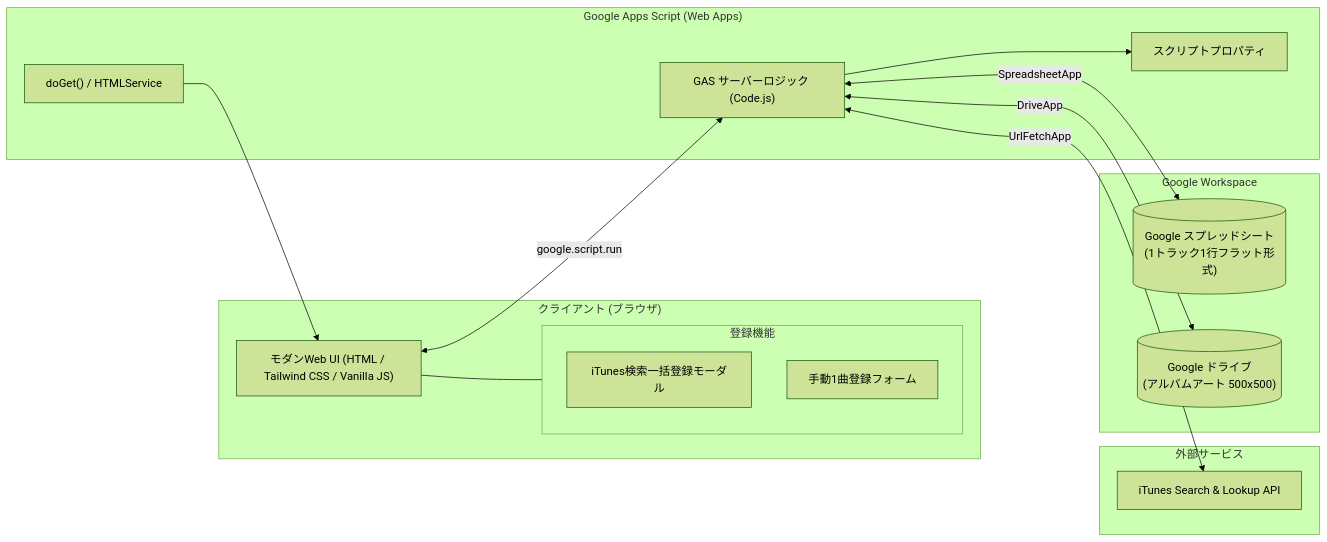
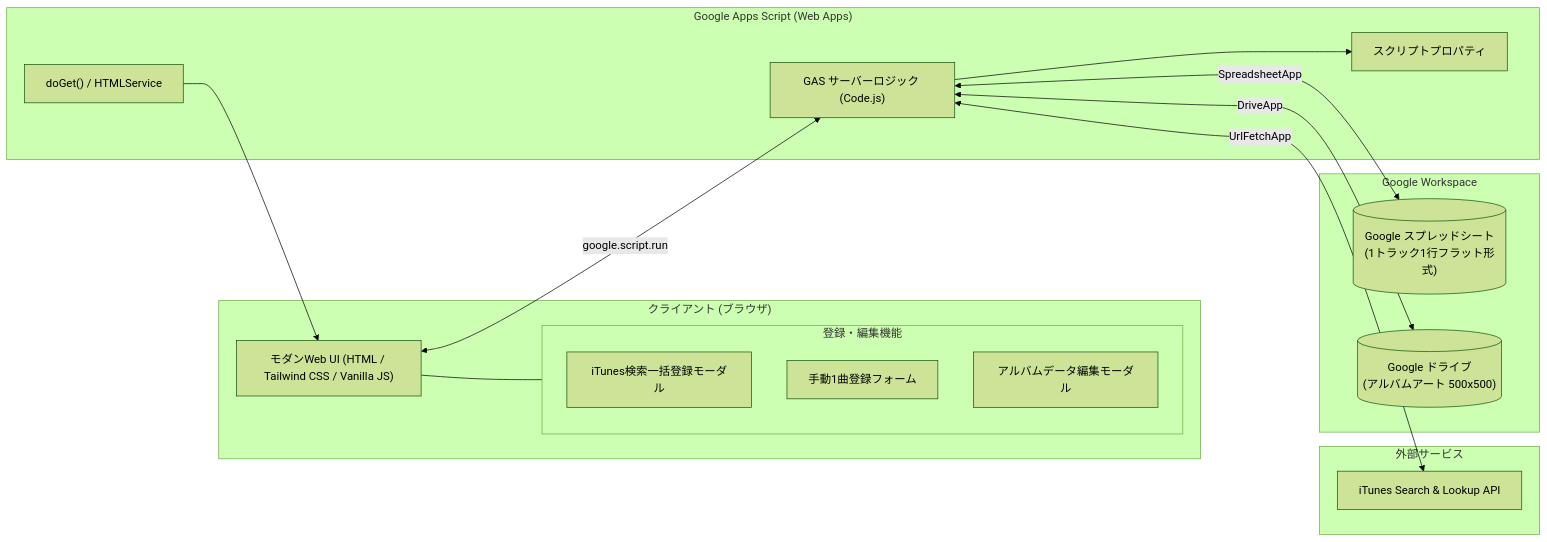
The first of 3 diagrams in docs/REQUIREMENTS.md (nankojin-ops/MusicInfo-app), drawn with Mermaid (forest theme) before and after one commit. The commit also changed other lines of this file and 16 other files, not shown here.

````diff
--- a/docs/REQUIREMENTS.md
+++ b/docs/REQUIREMENTS.md
@@ -75,33 +80,34 @@
 ```mermaid
 flowchart LR
     subgraph Browser ["クライアント (ブラウザ)"]
         UI["モダンWeb UI (HTML / Tailwind CSS / Vanilla JS)"]
-        subgraph Modals ["登録機能"]
+        subgraph Modals ["登録・編集機能"]
             ITunesModal["iTunes検索一括登録モーダル"]
             ManualModal["手動1曲登録フォーム"]
+            EditModal["アルバムデータ編集モーダル"]
         end
         UI --- Modals
     end
 
     subgraph GAS ["Google Apps Script (Web Apps)"]
         DoGet["doGet() / HTMLService"]
         BackendAPI["GAS サーバーロジック (Code.js)"]
         Props["スクリプトプロパティ"]
     end
 
     subgraph External ["外部サービス"]
         iTunes["iTunes Search & Lookup API"]
     end
 
     subgraph GoogleWorkspace ["Google Workspace"]
         GSheet[("Google スプレッドシート<br>(1トラック1行フラット形式)")]
         GDrive[("Google ドライブ<br>(アルバムアート 500x500)")]
     end
 
     UI <-->|google.script.run| BackendAPI
     BackendAPI --> Props
     BackendAPI <-->|UrlFetchApp| iTunes
     BackendAPI <-->|SpreadsheetApp| GSheet
     BackendAPI <-->|DriveApp| GDrive
     DoGet --> UI
 ```
````
